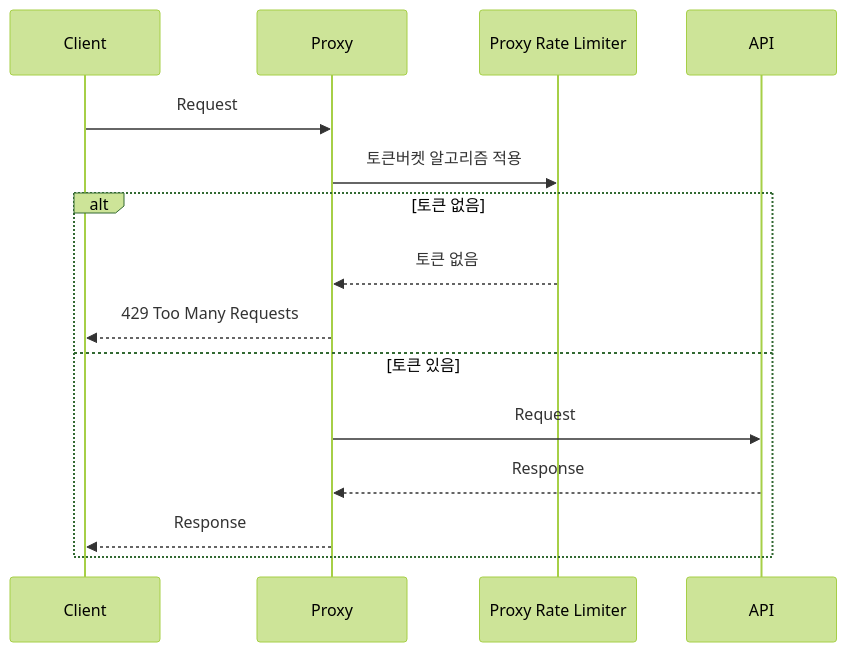
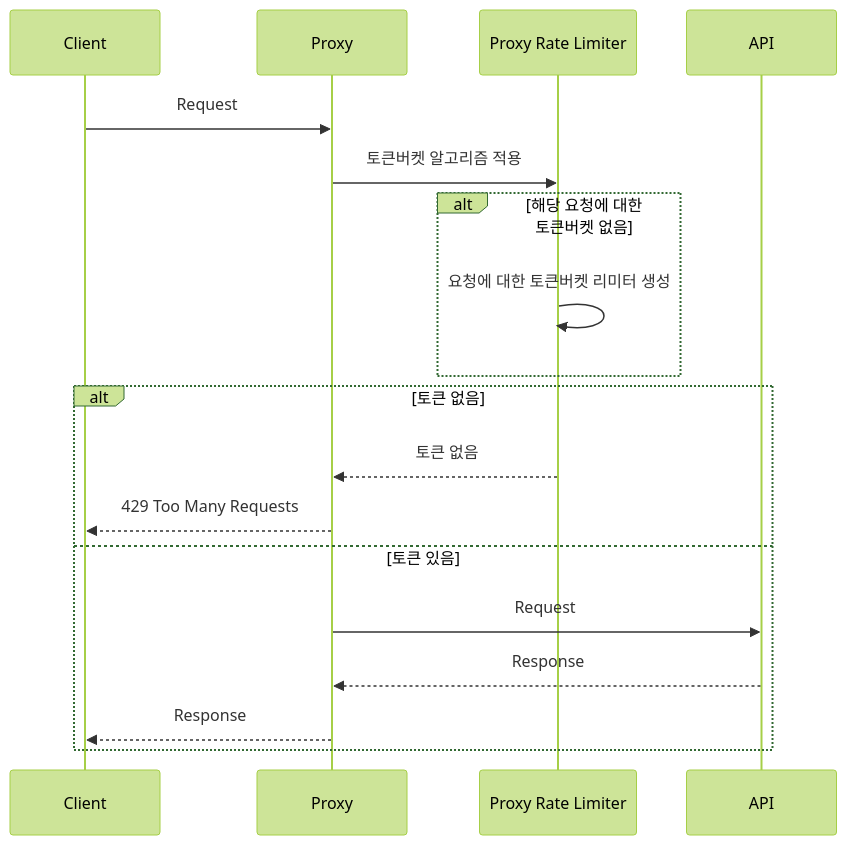
The diagram in chapter_04_design_a_rate_limiter/README.md (ohdowon064/implementing-system-design-interview), drawn with Mermaid (forest theme) before and after one commit.

````diff
--- a/chapter_04_design_a_rate_limiter/README.md
+++ b/chapter_04_design_a_rate_limiter/README.md
@@ -18,17 +18,20 @@
 ```mermaid
 sequenceDiagram
     participant c as Client
     participant p as Proxy
     participant prl as Proxy Rate Limiter
     participant a as API
     c->>p: Request
     p->>prl: 토큰버켓 알고리즘 적용
+    alt 해당 요청에 대한 토큰버켓 없음
+    prl->>prl: 요청에 대한 토큰버켓 리미터 생성
+    end
     alt 토큰 없음
     prl-->>p: 토큰 없음
     p-->>c: 429 Too Many Requests
     else 토큰 있음
     p->>a: Request
     a-->>p: Response
     p-->>c: Response
     end
 ```
````
